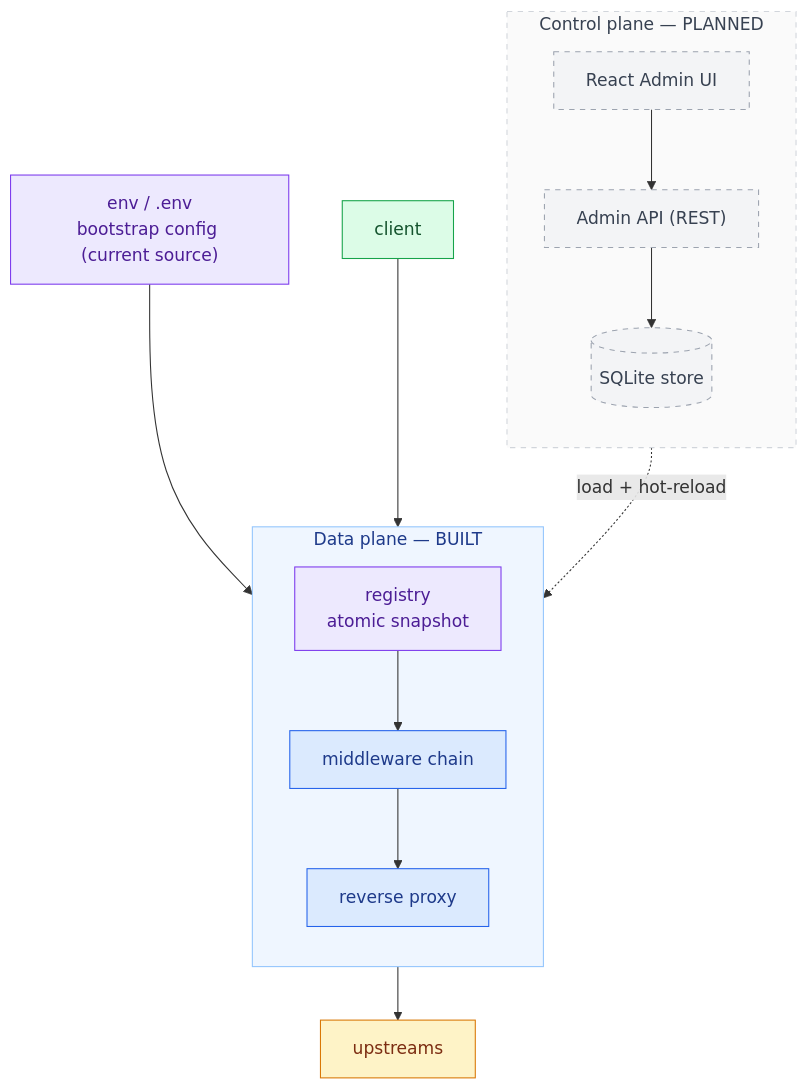
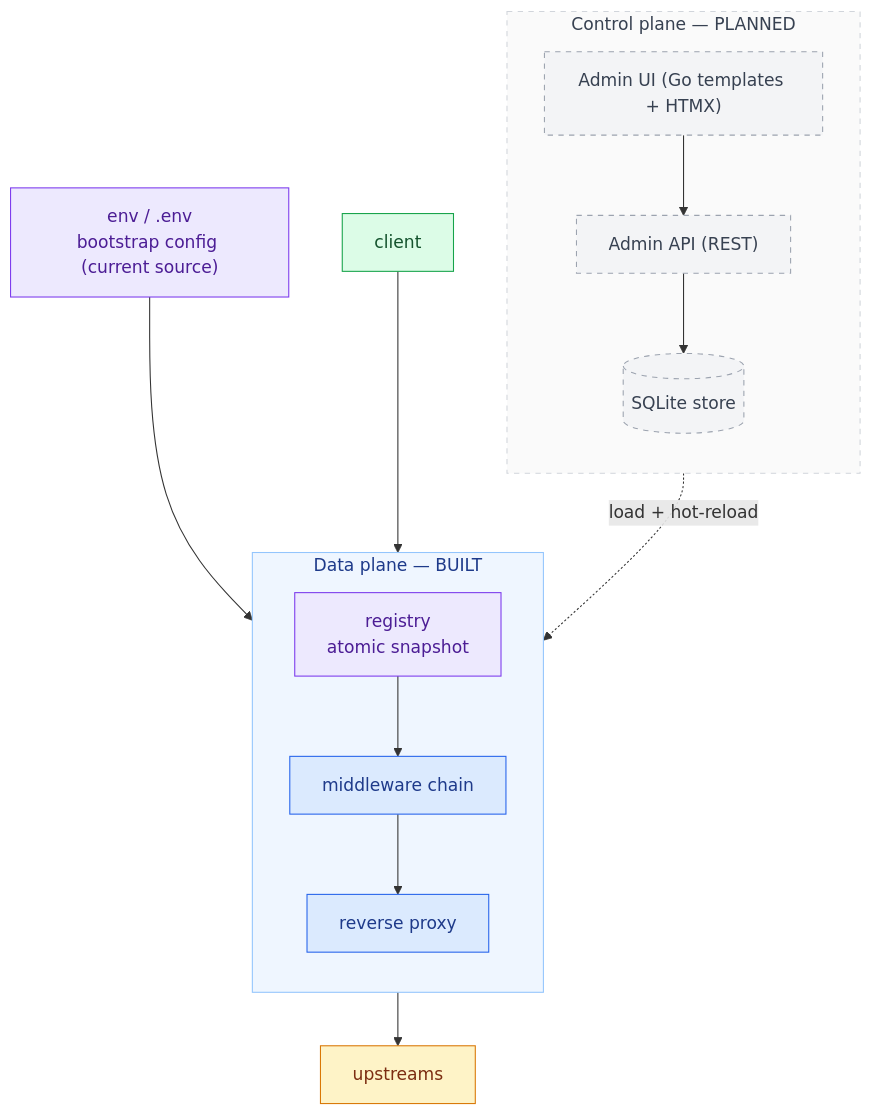
The third of 16 diagrams in docs/architecture.md (mohabnazmy/API-Gateway), drawn with Mermaid before and after one commit. The commit also changed other lines of this file and 2 other files, not shown here.

First line of the commit message:
docs: admin UI is Go html/template + HTMX (not React)

````diff
--- a/docs/architecture.md
+++ b/docs/architecture.md
@@ -84,32 +84,32 @@
 ```mermaid
 flowchart TB
     cfgenv["env / .env<br/>bootstrap config (current source)"]:::store
     client["client"]:::client
 
     subgraph CP["Control plane — PLANNED"]
         direction TB
-        ui["React Admin UI"]:::planned --> api["Admin API (REST)"]:::planned
+        ui["Admin UI (Go templates + HTMX)"]:::planned --> api["Admin API (REST)"]:::planned
         api --> store[("SQLite store")]:::planned
     end
 
     subgraph DP["Data plane — BUILT"]
         direction TB
         reg["registry<br/>atomic snapshot"]:::store
         chain["middleware chain"]:::gw
         rp["reverse proxy"]:::gw
         reg --> chain --> rp
     end
 
     store -. "load + hot-reload" .-> reg
     cfgenv --> reg
     client --> chain
     rp --> up["upstreams"]:::up
 
     classDef client fill:#dcfce7,stroke:#16a34a,color:#14532d;
     classDef gw fill:#dbeafe,stroke:#2563eb,color:#1e3a8a;
     classDef up fill:#fef3c7,stroke:#d97706,color:#7c2d12;
     classDef store fill:#ede9fe,stroke:#7c3aed,color:#4c1d95;
     classDef planned fill:#f3f4f6,stroke:#9ca3af,color:#374151,stroke-dasharray:5 5;
     style CP fill:#fafafa,stroke:#d1d5db,color:#374151,stroke-dasharray:5 5;
     style DP fill:#eff6ff,stroke:#93c5fd,color:#1e3a8a;
 ```
````
